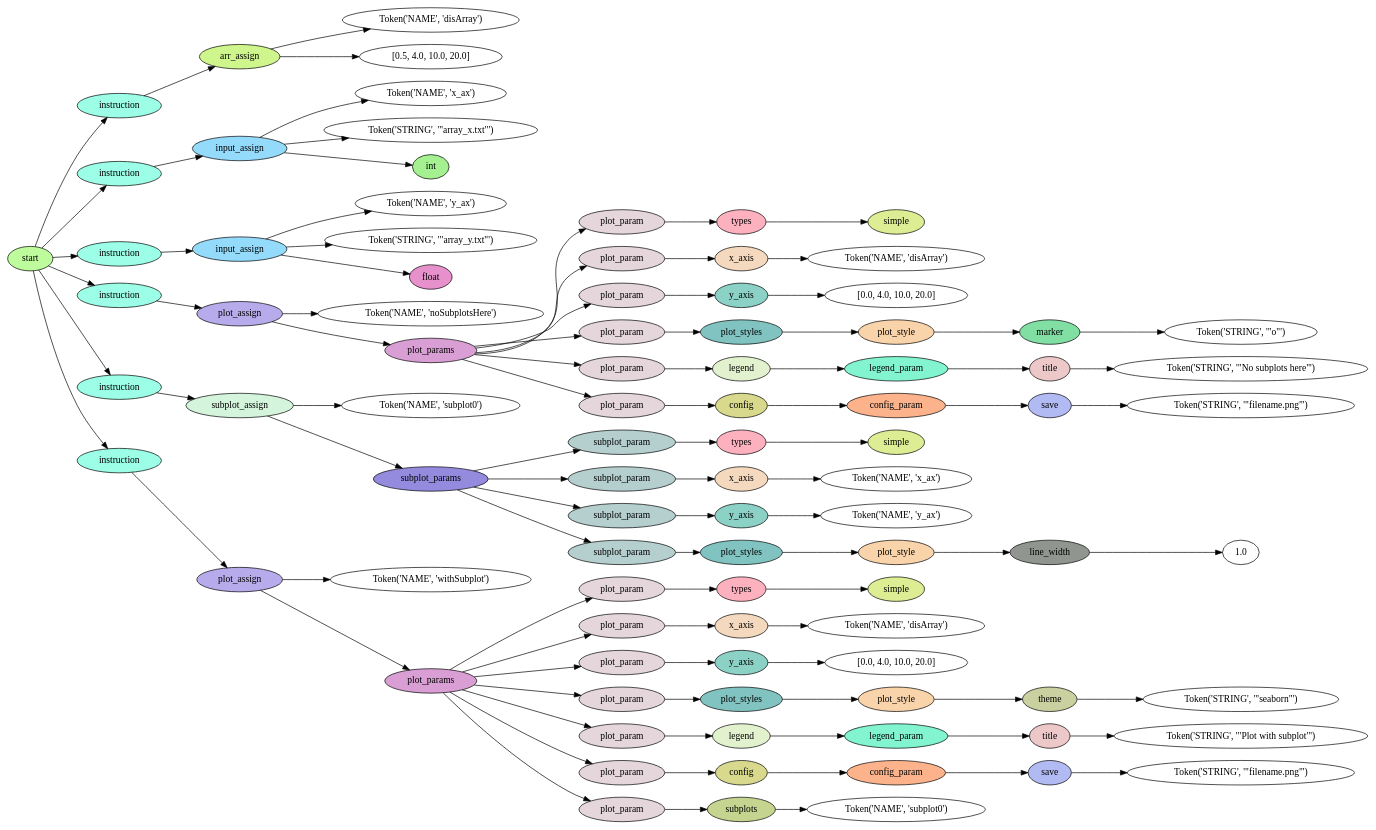
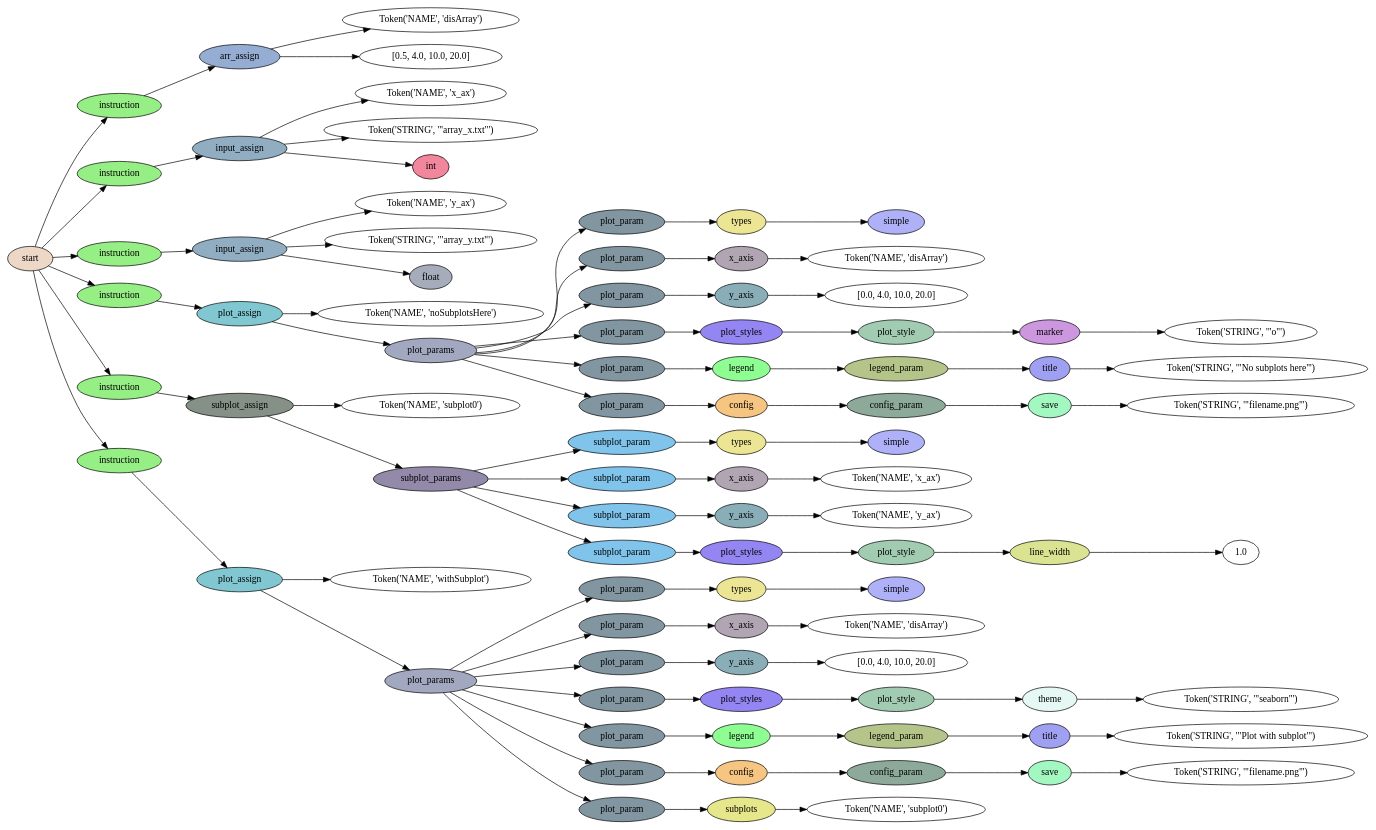
Before and after one commit to nichitaa/dsl: the diagram in parseTree/parseTree.dot, drawn with Graphviz. The commit also changed 6 other files, not shown here.

```diff
--- a/parseTree/parseTree.dot
+++ b/parseTree/parseTree.dot
@@ -1,186 +1,186 @@
 digraph G {
 rankdir=LR;
 0 [label="Token('NAME', 'disArray')"];
 1 [label="[0.5, 4.0, 10.0, 20.0]"];
-2 [fillcolor="#cff58d", label=arr_assign, style=filled];
+2 [fillcolor="#96add3", label=arr_assign, style=filled];
 2 -> 0;
 2 -> 1;
-3 [fillcolor="#9dfee7", label=instruction, style=filled];
+3 [fillcolor="#96ef85", label=instruction, style=filled];
 3 -> 2;
 4 [label="Token('NAME', 'x_ax')"];
 5 [label="Token('STRING', '\"array_x.txt\"')"];
-6 [fillcolor="#a5f091", label=int, style=filled];
-7 [fillcolor="#94dafb", label=input_assign, style=filled];
+6 [fillcolor="#f2869d", label=int, style=filled];
+7 [fillcolor="#90adc2", label=input_assign, style=filled];
 7 -> 4;
 7 -> 5;
 7 -> 6;
-8 [fillcolor="#9dfee7", label=instruction, style=filled];
+8 [fillcolor="#96ef85", label=instruction, style=filled];
 8 -> 7;
 9 [label="Token('NAME', 'y_ax')"];
 10 [label="Token('STRING', '\"array_y.txt\"')"];
-11 [fillcolor="#e690cc", label=float, style=filled];
-12 [fillcolor="#94dafb", label=input_assign, style=filled];
+11 [fillcolor="#a7acbb", label=float, style=filled];
+12 [fillcolor="#90adc2", label=input_assign, style=filled];
 12 -> 9;
 12 -> 10;
 12 -> 11;
-13 [fillcolor="#9dfee7", label=instruction, style=filled];
+13 [fillcolor="#96ef85", label=instruction, style=filled];
 13 -> 12;
 14 [label="Token('NAME', 'noSubplotsHere')"];
-15 [fillcolor="#dced93", label=simple, style=filled];
-16 [fillcolor="#fdb1bf", label=types, style=filled];
+15 [fillcolor="#aeb1f7", label=simple, style=filled];
+16 [fillcolor="#ece594", label=types, style=filled];
 16 -> 15;
-17 [fillcolor="#e4d6db", label=plot_param, style=filled];
+17 [fillcolor="#8196a0", label=plot_param, style=filled];
 17 -> 16;
 18 [label="Token('NAME', 'disArray')"];
-19 [fillcolor="#f4d9bf", label=x_axis, style=filled];
+19 [fillcolor="#b1a4b3", label=x_axis, style=filled];
 19 -> 18;
-20 [fillcolor="#e4d6db", label=plot_param, style=filled];
+20 [fillcolor="#8196a0", label=plot_param, style=filled];
 20 -> 19;
 21 [label="[0.0, 4.0, 10.0, 20.0]"];
-22 [fillcolor="#8cd1c6", label=y_axis, style=filled];
+22 [fillcolor="#89aeb8", label=y_axis, style=filled];
 22 -> 21;
-23 [fillcolor="#e4d6db", label=plot_param, style=filled];
+23 [fillcolor="#8196a0", label=plot_param, style=filled];
 23 -> 22;
 24 [label="Token('STRING', '\"o\"')"];
-25 [fillcolor="#81dfa3", label=marker, style=filled];
+25 [fillcolor="#cd97df", label=marker, style=filled];
 25 -> 24;
-26 [fillcolor="#f9d3aa", label=plot_style, style=filled];
+26 [fillcolor="#a2ccb1", label=plot_style, style=filled];
 26 -> 25;
-27 [fillcolor="#80c3c0", label=plot_styles, style=filled];
+27 [fillcolor="#9386f3", label=plot_styles, style=filled];
 27 -> 26;
-28 [fillcolor="#e4d6db", label=plot_param, style=filled];
+28 [fillcolor="#8196a0", label=plot_param, style=filled];
 28 -> 27;
 29 [label="Token('STRING', '\"No subplots here\"')"];
-30 [fillcolor="#ecc8c9", label=title, style=filled];
+30 [fillcolor="#a0a0f3", label=title, style=filled];
 30 -> 29;
-31 [fillcolor="#82f4d0", label=legend_param, style=filled];
+31 [fillcolor="#b5c488", label=legend_param, style=filled];
 31 -> 30;
-32 [fillcolor="#e2f1ce", label=legend, style=filled];
+32 [fillcolor="#8efe93", label=legend, style=filled];
 32 -> 31;
-33 [fillcolor="#e4d6db", label=plot_param, style=filled];
+33 [fillcolor="#8196a0", label=plot_param, style=filled];
 33 -> 32;
 34 [label="Token('STRING', '\"filename.png\"')"];
-35 [fillcolor="#b2baf3", label=save, style=filled];
+35 [fillcolor="#a3f7c1", label=save, style=filled];
 35 -> 34;
-36 [fillcolor="#fcb38c", label=config_param, style=filled];
+36 [fillcolor="#8ca999", label=config_param, style=filled];
 36 -> 35;
-37 [fillcolor="#d8d98d", label=config, style=filled];
+37 [fillcolor="#f5c581", label=config, style=filled];
 37 -> 36;
-38 [fillcolor="#e4d6db", label=plot_param, style=filled];
+38 [fillcolor="#8196a0", label=plot_param, style=filled];
 38 -> 37;
-39 [fillcolor="#d99fd4", label=plot_params, style=filled];
+39 [fillcolor="#a2a8bf", label=plot_params, style=filled];
 39 -> 17;
 39 -> 20;
 39 -> 23;
 39 -> 28;
 39 -> 33;
 39 -> 38;
-40 [fillcolor="#b8abeb", label=plot_assign, style=filled];
+40 [fillcolor="#81c7d1", label=plot_assign, style=filled];
 40 -> 14;
 40 -> 39;
-41 [fillcolor="#9dfee7", label=instruction, style=filled];
+41 [fillcolor="#96ef85", label=instruction, style=filled];
 41 -> 40;
 42 [label="Token('NAME', 'subplot0')"];
-43 [fillcolor="#dced93", label=simple, style=filled];
-44 [fillcolor="#fdb1bf", label=types, style=filled];
+43 [fillcolor="#aeb1f7", label=simple, style=filled];
+44 [fillcolor="#ece594", label=types, style=filled];
 44 -> 43;
-45 [fillcolor="#b5cece", label=subplot_param, style=filled];
+45 [fillcolor="#80c4ec", label=subplot_param, style=filled];
 45 -> 44;
 46 [label="Token('NAME', 'x_ax')"];
-47 [fillcolor="#f4d9bf", label=x_axis, style=filled];
+47 [fillcolor="#b1a4b3", label=x_axis, style=filled];
 47 -> 46;
-48 [fillcolor="#b5cece", label=subplot_param, style=filled];
+48 [fillcolor="#80c4ec", label=subplot_param, style=filled];
 48 -> 47;
 49 [label="Token('NAME', 'y_ax')"];
-50 [fillcolor="#8cd1c6", label=y_axis, style=filled];
+50 [fillcolor="#89aeb8", label=y_axis, style=filled];
 50 -> 49;
-51 [fillcolor="#b5cece", label=subplot_param, style=filled];
+51 [fillcolor="#80c4ec", label=subplot_param, style=filled];
 51 -> 50;
 52 [label="1.0"];
-53 [fillcolor="#909590", label=line_width, style=filled];
+53 [fillcolor="#d9e391", label=line_width, style=filled];
 53 -> 52;
-54 [fillcolor="#f9d3aa", label=plot_style, style=filled];
+54 [fillcolor="#a2ccb1", label=plot_style, style=filled];
 54 -> 53;
-55 [fillcolor="#80c3c0", label=plot_styles, style=filled];
+55 [fillcolor="#9386f3", label=plot_styles, style=filled];
 55 -> 54;
-56 [fillcolor="#b5cece", label=subplot_param, style=filled];
+56 [fillcolor="#80c4ec", label=subplot_param, style=filled];
 56 -> 55;
-57 [fillcolor="#948bde", label=subplot_params, style=filled];
+57 [fillcolor="#938aaa", label=subplot_params, style=filled];
 57 -> 45;
 57 -> 48;
 57 -> 51;
 57 -> 56;
-58 [fillcolor="#d4f4db", label=subplot_assign, style=filled];
+58 [fillcolor="#859087", label=subplot_assign, style=filled];
 58 -> 42;
 58 -> 57;
-59 [fillcolor="#9dfee7", label=instruction, style=filled];
+59 [fillcolor="#96ef85", label=instruction, style=filled];
 59 -> 58;
 60 [label="Token('NAME', 'withSubplot')"];
-61 [fillcolor="#dced93", label=simple, style=filled];
-62 [fillcolor="#fdb1bf", label=types, style=filled];
+61 [fillcolor="#aeb1f7", label=simple, style=filled];
+62 [fillcolor="#ece594", label=types, style=filled];
 62 -> 61;
-63 [fillcolor="#e4d6db", label=plot_param, style=filled];
+63 [fillcolor="#8196a0", label=plot_param, style=filled];
 63 -> 62;
 64 [label="Token('NAME', 'disArray')"];
-65 [fillcolor="#f4d9bf", label=x_axis, style=filled];
+65 [fillcolor="#b1a4b3", label=x_axis, style=filled];
 65 -> 64;
-66 [fillcolor="#e4d6db", label=plot_param, style=filled];
+66 [fillcolor="#8196a0", label=plot_param, style=filled];
 66 -> 65;
 67 [label="[0.0, 4.0, 10.0, 20.0]"];
-68 [fillcolor="#8cd1c6", label=y_axis, style=filled];
+68 [fillcolor="#89aeb8", label=y_axis, style=filled];
 68 -> 67;
-69 [fillcolor="#e4d6db", label=plot_param, style=filled];
+69 [fillcolor="#8196a0", label=plot_param, style=filled];
 69 -> 68;
 70 [label="Token('STRING', '\"seaborn\"')"];
-71 [fillcolor="#cad0a0", label=theme, style=filled];
+71 [fillcolor="#e6f8f4", label=theme, style=filled];
 71 -> 70;
-72 [fillcolor="#f9d3aa", label=plot_style, style=filled];
+72 [fillcolor="#a2ccb1", label=plot_style, style=filled];
 72 -> 71;
-73 [fillcolor="#80c3c0", label=plot_styles, style=filled];
+73 [fillcolor="#9386f3", label=plot_styles, style=filled];
 73 -> 72;
-74 [fillcolor="#e4d6db", label=plot_param, style=filled];
+74 [fillcolor="#8196a0", label=plot_param, style=filled];
 74 -> 73;
 75 [label="Token('STRING', '\"Plot with subplot\"')"];
-76 [fillcolor="#ecc8c9", label=title, style=filled];
+76 [fillcolor="#a0a0f3", label=title, style=filled];
 76 -> 75;
-77 [fillcolor="#82f4d0", label=legend_param, style=filled];
+77 [fillcolor="#b5c488", label=legend_param, style=filled];
 77 -> 76;
-78 [fillcolor="#e2f1ce", label=legend, style=filled];
+78 [fillcolor="#8efe93", label=legend, style=filled];
 78 -> 77;
-79 [fillcolor="#e4d6db", label=plot_param, style=filled];
+79 [fillcolor="#8196a0", label=plot_param, style=filled];
 79 -> 78;
 80 [label="Token('STRING', '\"filename.png\"')"];
-81 [fillcolor="#b2baf3", label=save, style=filled];
+81 [fillcolor="#a3f7c1", label=save, style=filled];
 81 -> 80;
-82 [fillcolor="#fcb38c", label=config_param, style=filled];
+82 [fillcolor="#8ca999", label=config_param, style=filled];
 82 -> 81;
-83 [fillcolor="#d8d98d", label=config, style=filled];
+83 [fillcolor="#f5c581", label=config, style=filled];
 83 -> 82;
-84 [fillcolor="#e4d6db", label=plot_param, style=filled];
+84 [fillcolor="#8196a0", label=plot_param, style=filled];
 84 -> 83;
 85 [label="Token('NAME', 'subplot0')"];
-86 [fillcolor="#c5d48e", label=subplots, style=filled];
+86 [fillcolor="#e6e78a", label=subplots, style=filled];
 86 -> 85;
-87 [fillcolor="#e4d6db", label=plot_param, style=filled];
+87 [fillcolor="#8196a0", label=plot_param, style=filled];
 87 -> 86;
-88 [fillcolor="#d99fd4", label=plot_params, style=filled];
+88 [fillcolor="#a2a8bf", label=plot_params, style=filled];
 88 -> 63;
 88 -> 66;
 88 -> 69;
 88 -> 74;
 88 -> 79;
 88 -> 84;
 88 -> 87;
-89 [fillcolor="#b8abeb", label=plot_assign, style=filled];
+89 [fillcolor="#81c7d1", label=plot_assign, style=filled];
 89 -> 60;
 89 -> 88;
-90 [fillcolor="#9dfee7", label=instruction, style=filled];
+90 [fillcolor="#96ef85", label=instruction, style=filled];
 90 -> 89;
-91 [fillcolor="#bdfb9d", label=start, style=filled];
+91 [fillcolor="#edd7c7", label=start, style=filled];
 91 -> 3;
 91 -> 8;
 91 -> 13;
 91 -> 41;
 91 -> 59;
 91 -> 90;
 }
```
